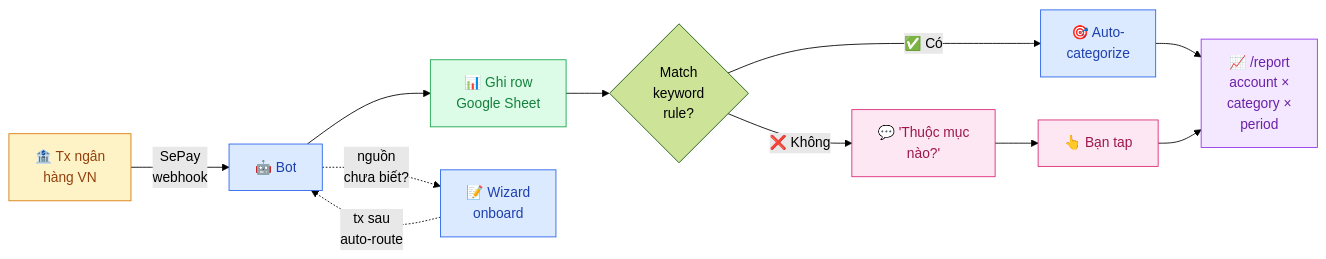
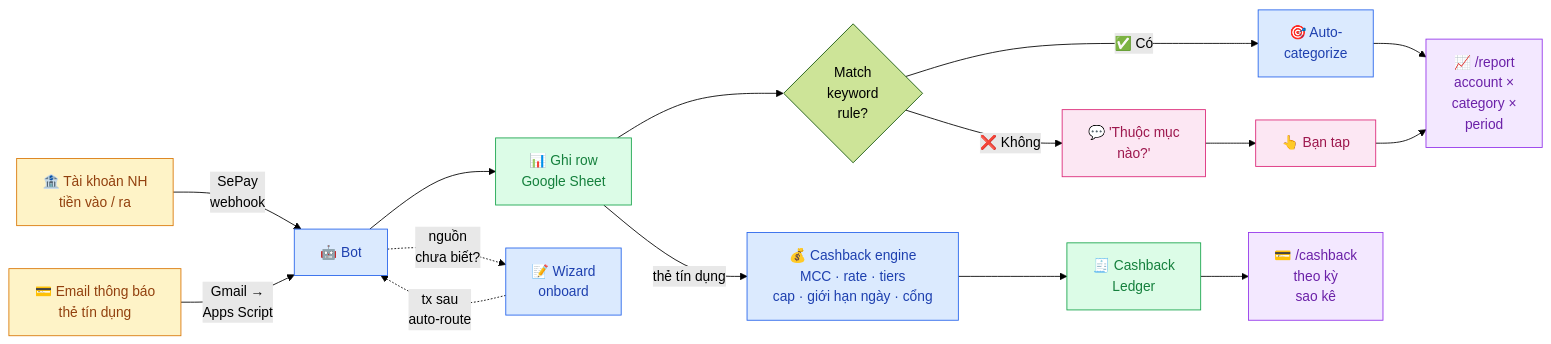
One commit to maingocanh1702/my-money-went-bot changed the diagram in README.vi.md. Above: the diagram before and after it, drawn with Mermaid (forest theme). The commit also changed other lines of this file and 8 other files, not shown here.

First line of the commit message:
docs: lead with credit-card cashback tracking and SePay money in/out

````diff
--- a/README.vi.md
+++ b/README.vi.md
@@ -23,25 +30,29 @@
 ```mermaid
 flowchart LR
-    A[🏦 Tx ngân<br/>hàng VN] -->|SePay<br/>webhook| B[🤖 Bot]
+    A[🏦 Tài khoản NH<br/>tiền vào / ra] -->|SePay<br/>webhook| B[🤖 Bot]
+    A2[💳 Email thông báo<br/>thẻ tín dụng] -->|Gmail →<br/>Apps Script| B
     B --> C[📊 Ghi row<br/>Google Sheet]
     C --> D{Match<br/>keyword<br/>rule?}
     D -->|✅ Có| E[🎯 Auto-<br/>categorize]
     D -->|❌ Không| F[💬 'Thuộc mục<br/>nào?']
     F --> G[👆 Bạn tap]
     E --> H[📈 /report<br/>account ×<br/>category ×<br/>period]
     G --> H
+    C -->|thẻ tín dụng| K[💰 Cashback engine<br/>MCC · rate · tiers<br/>cap · giới hạn ngày · cổng]
+    K --> L[🧾 Cashback<br/>Ledger]
+    L --> M[💳 /cashback<br/>theo kỳ<br/>sao kê]
 
     B -. nguồn<br/>chưa biết? .-> I[📝 Wizard<br/>onboard]
     I -. tx sau<br/>auto-route .-> B
 
     classDef bank fill:#fef3c7,stroke:#d97706,color:#92400e
     classDef bot fill:#dbeafe,stroke:#2563eb,color:#1e40af
     classDef store fill:#dcfce7,stroke:#16a34a,color:#15803d
     classDef user fill:#fce7f3,stroke:#db2777,color:#9d174d
     classDef out fill:#f3e8ff,stroke:#9333ea,color:#6b21a8
-    class A bank
-    class B,E,I bot
-    class C store
+    class A,A2 bank
+    class B,E,I,K bot
+    class C,L store
     class F,G user
-    class H out
+    class H,M out
 ```
````
